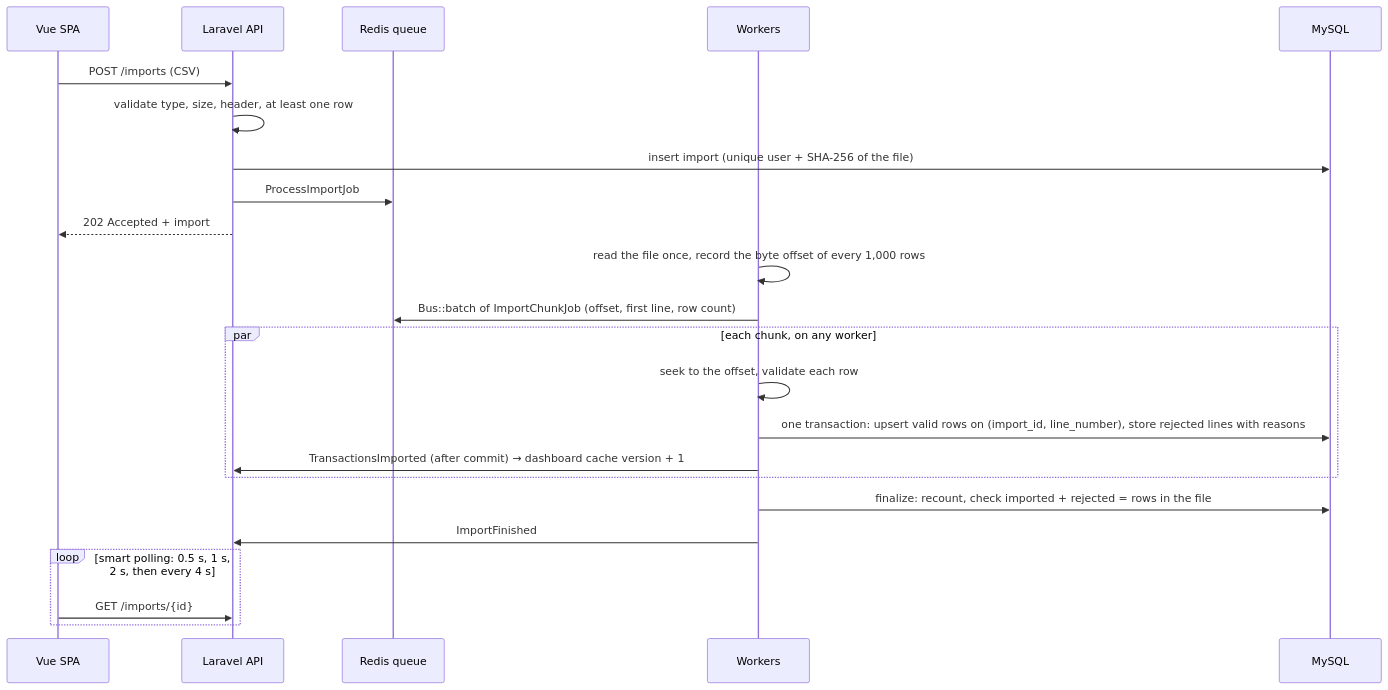
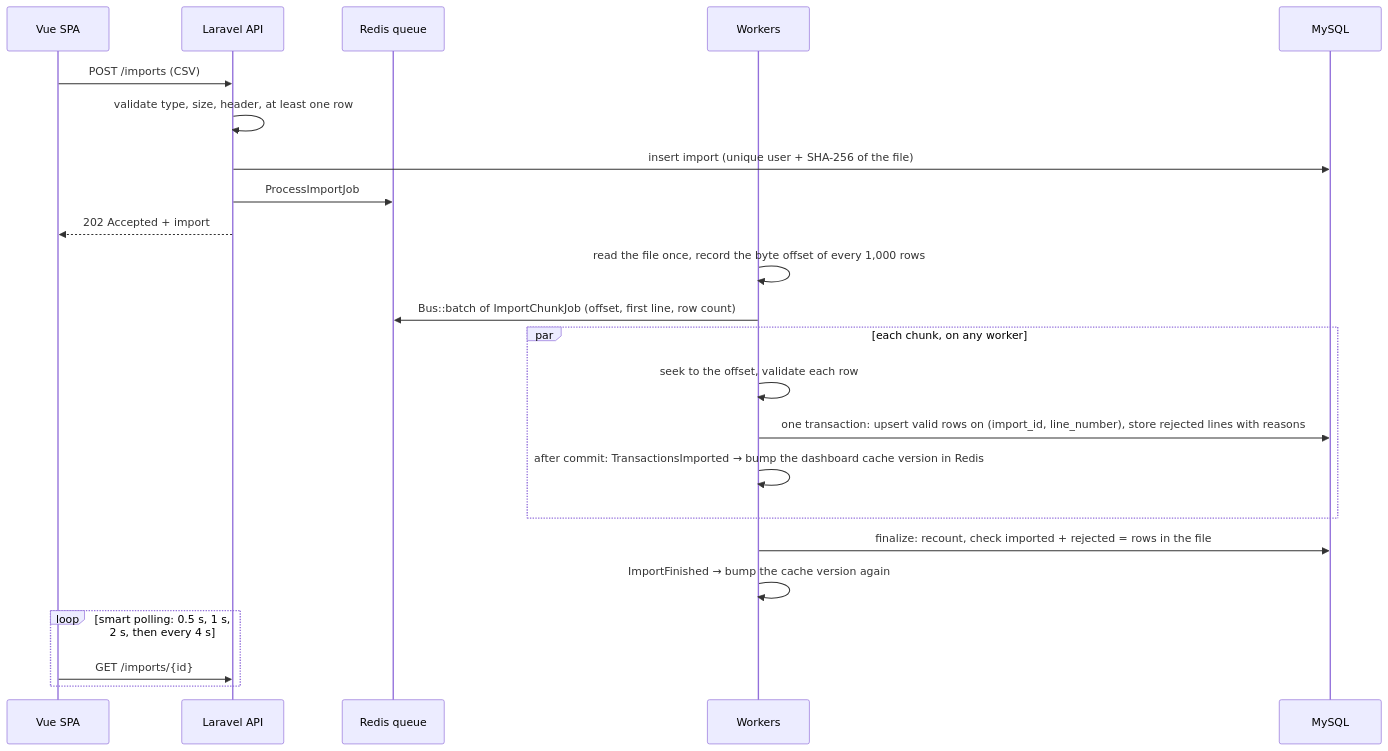
The diagram in README.md (filipelira1/financial-import), drawn with Mermaid before and after one commit. The commit also changed other lines of this file and 2 other files, not shown here.

````diff
--- a/README.md
+++ b/README.md
@@ -115,26 +143,26 @@
 ```mermaid
 sequenceDiagram
     participant SPA as Vue SPA
     participant API as Laravel API
     participant Q as Redis queue
     participant W as Workers
     participant DB as MySQL
 
     SPA->>API: POST /imports (CSV)
     API->>API: validate type, size, header, at least one row
     API->>DB: insert import (unique user + SHA-256 of the file)
     API->>Q: ProcessImportJob
     API-->>SPA: 202 Accepted + import
     W->>W: read the file once, record the byte offset of every 1,000 rows
     W->>Q: Bus::batch of ImportChunkJob (offset, first line, row count)
     par each chunk, on any worker
         W->>W: seek to the offset, validate each row
         W->>DB: one transaction: upsert valid rows on (import_id, line_number), store rejected lines with reasons
-        W->>API: TransactionsImported (after commit) → dashboard cache version + 1
+        W->>W: after commit: TransactionsImported → bump the dashboard cache version in Redis
     end
     W->>DB: finalize: recount, check imported + rejected = rows in the file
-    W->>API: ImportFinished
+    W->>W: ImportFinished → bump the cache version again
     loop smart polling: 0.5 s, 1 s, 2 s, then every 4 s
         SPA->>API: GET /imports/{id}
     end
 ```
````
